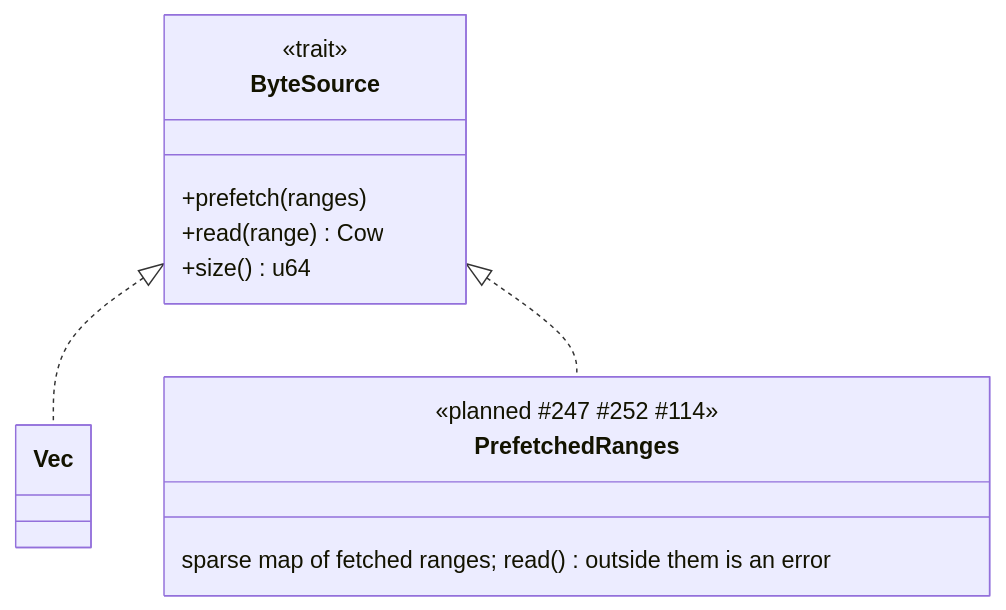
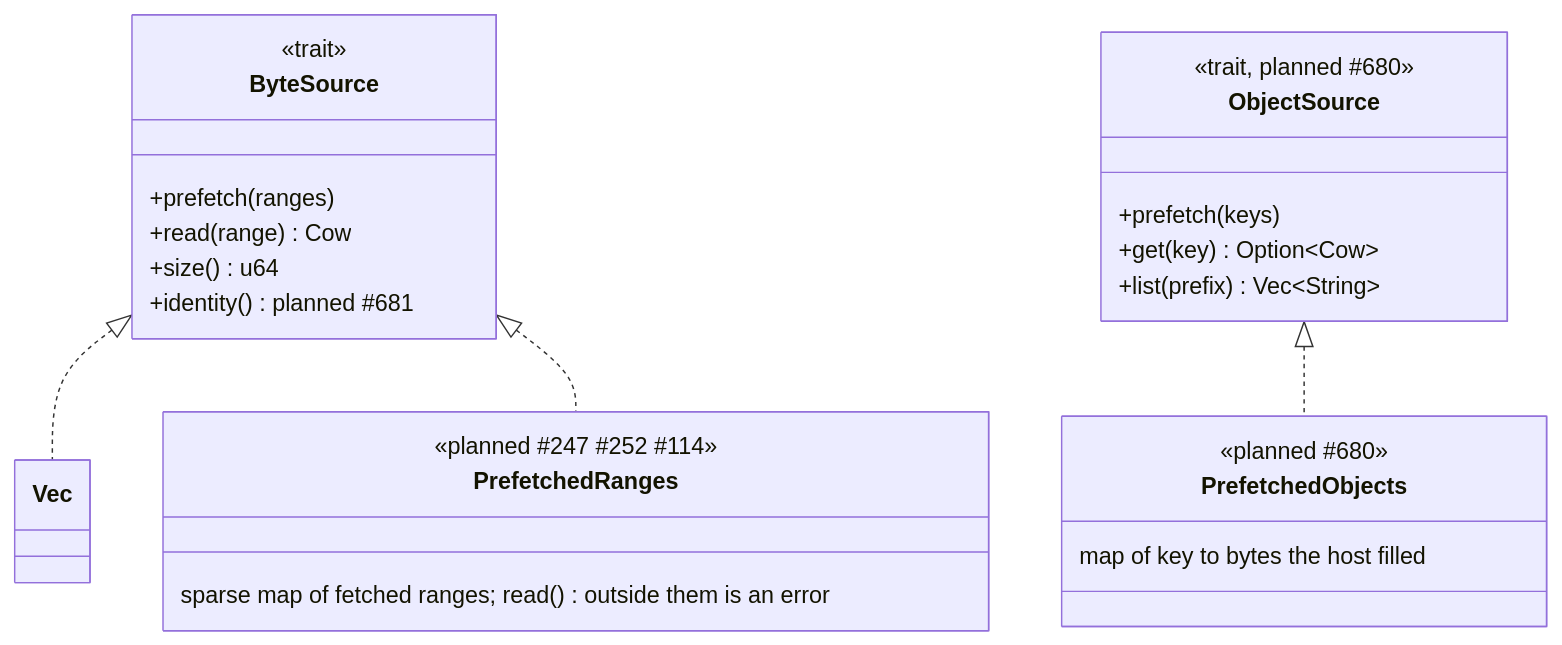
One commit to D0ubleD0uble/fieldglass changed the third of 6 diagrams in docs/architecture/planned/02-trait-seams.md. Above: the diagram before and after it, drawn with Mermaid. The commit also changed other lines of this file and 18 other files, not shown here.

First line of the commit message:
docs(architecture): the workspace is described as layers, under ADR-0010

````diff
--- a/docs/architecture/planned/02-trait-seams.md
+++ b/docs/architecture/planned/02-trait-seams.md
@@ -113,15 +179,27 @@
 ```mermaid
 classDiagram
     class ByteSource {
         <<trait>>
         +prefetch(ranges)
         +read(range) Cow
         +size() u64
+        +identity() planned #681
+    }
+    class ObjectSource {
+        <<trait, planned #680>>
+        +prefetch(keys)
+        +get(key) Option~Cow~
+        +list(prefix) Vec~String~
     }
     class PrefetchedRanges {
         <<planned #247 #252 #114>>
         sparse map of fetched ranges; read() outside them is an error
     }
+    class PrefetchedObjects {
+        <<planned #680>>
+        map of key to bytes the host filled
+    }
     ByteSource <|.. Vec
     ByteSource <|.. PrefetchedRanges
+    ObjectSource <|.. PrefetchedObjects
 ```
````
